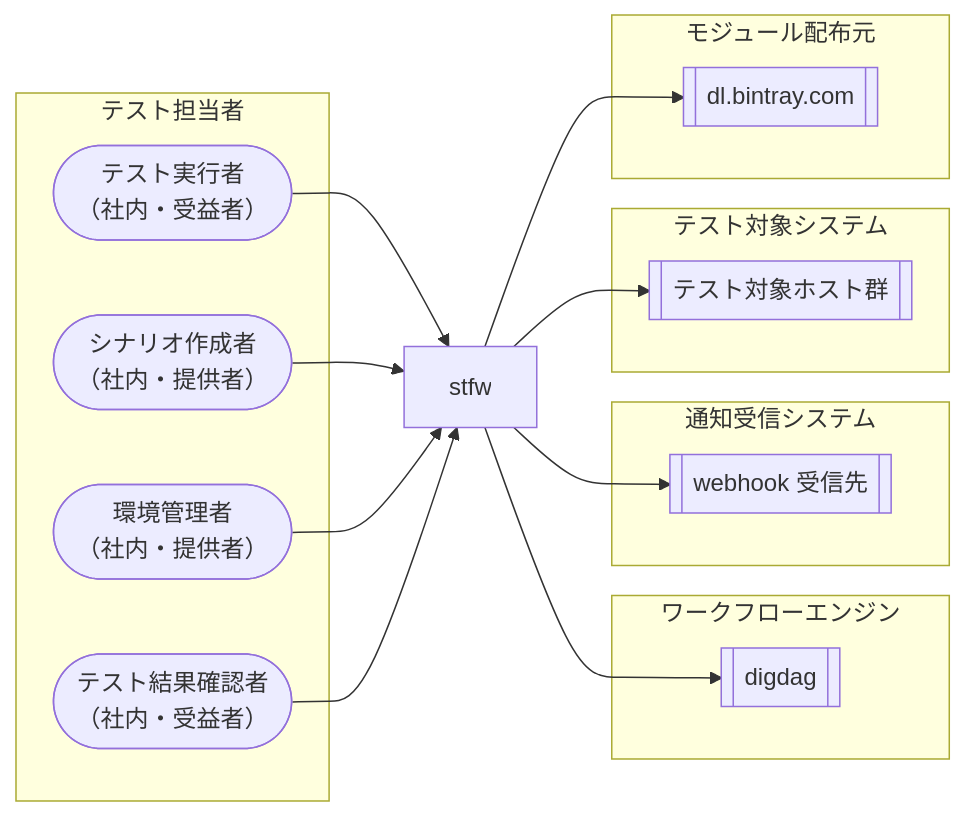
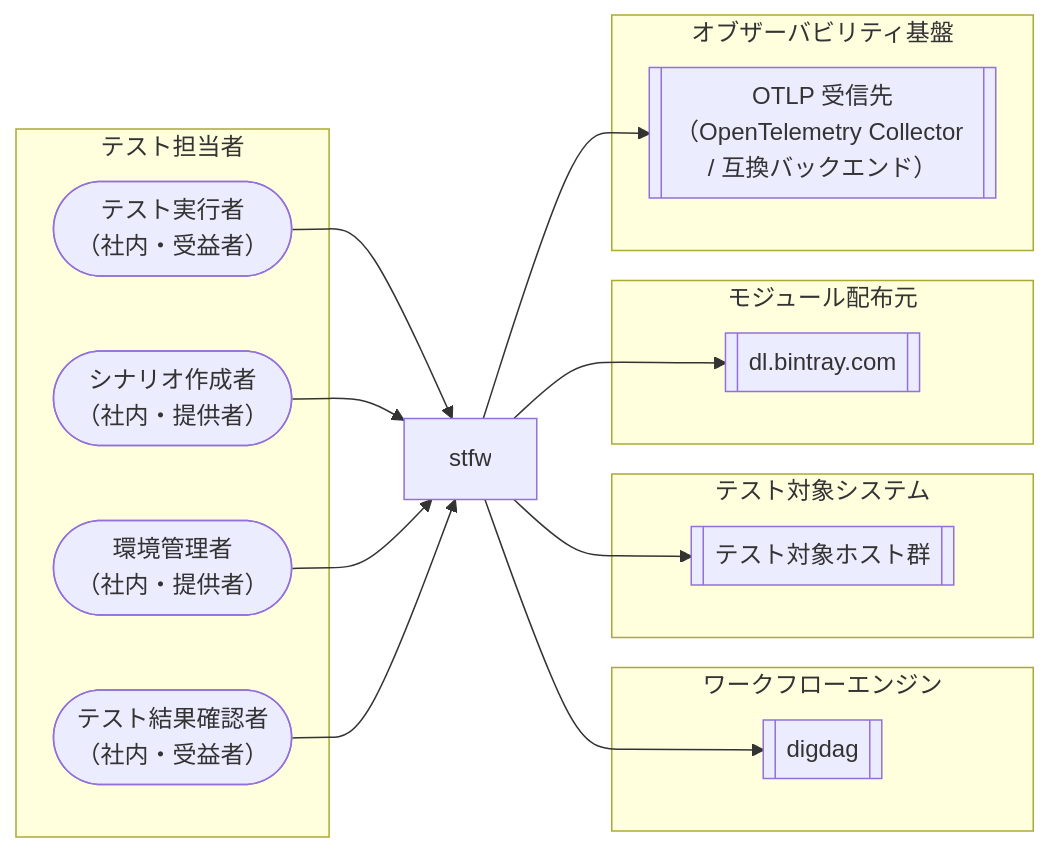
One commit to scenario-test-framework/stfw changed the diagram in docs/rdra/latest/views/01_システムコンテキスト.md. Above: the diagram before and after it, drawn with Mermaid. The commit also changed other lines of this file and 26 other files, not shown here.

````diff
--- a/docs/rdra/latest/views/01_システムコンテキスト.md
+++ b/docs/rdra/latest/views/01_システムコンテキスト.md
@@ -7,30 +7,30 @@
 ```mermaid
 graph LR
   subgraph AG1["テスト担当者"]
     AC1(["テスト実行者<br/>（社内・受益者）"])
     AC2(["シナリオ作成者<br/>（社内・提供者）"])
     AC3(["環境管理者<br/>（社内・提供者）"])
     AC4(["テスト結果確認者<br/>（社内・受益者）"])
   end
   SYS["stfw"]
   subgraph EG1["ワークフローエンジン"]
     EX1[["digdag"]]
   end
-  subgraph EG2["通知受信システム"]
-    EX2[["webhook 受信先"]]
+  subgraph EG2["テスト対象システム"]
+    EX2[["テスト対象ホスト群"]]
   end
-  subgraph EG3["テスト対象システム"]
-    EX3[["テスト対象ホスト群"]]
+  subgraph EG3["モジュール配布元"]
+    EX3[["dl.bintray.com"]]
   end
-  subgraph EG4["モジュール配布元"]
-    EX4[["dl.bintray.com"]]
+  subgraph EG4["オブザーバビリティ基盤"]
+    EX4[["OTLP 受信先（OpenTelemetry Collector / 互換バックエンド）"]]
   end
   AC1 --> SYS
   AC2 --> SYS
   AC3 --> SYS
   AC4 --> SYS
   SYS --> EX1
   SYS --> EX2
   SYS --> EX3
   SYS --> EX4
 ```
````
